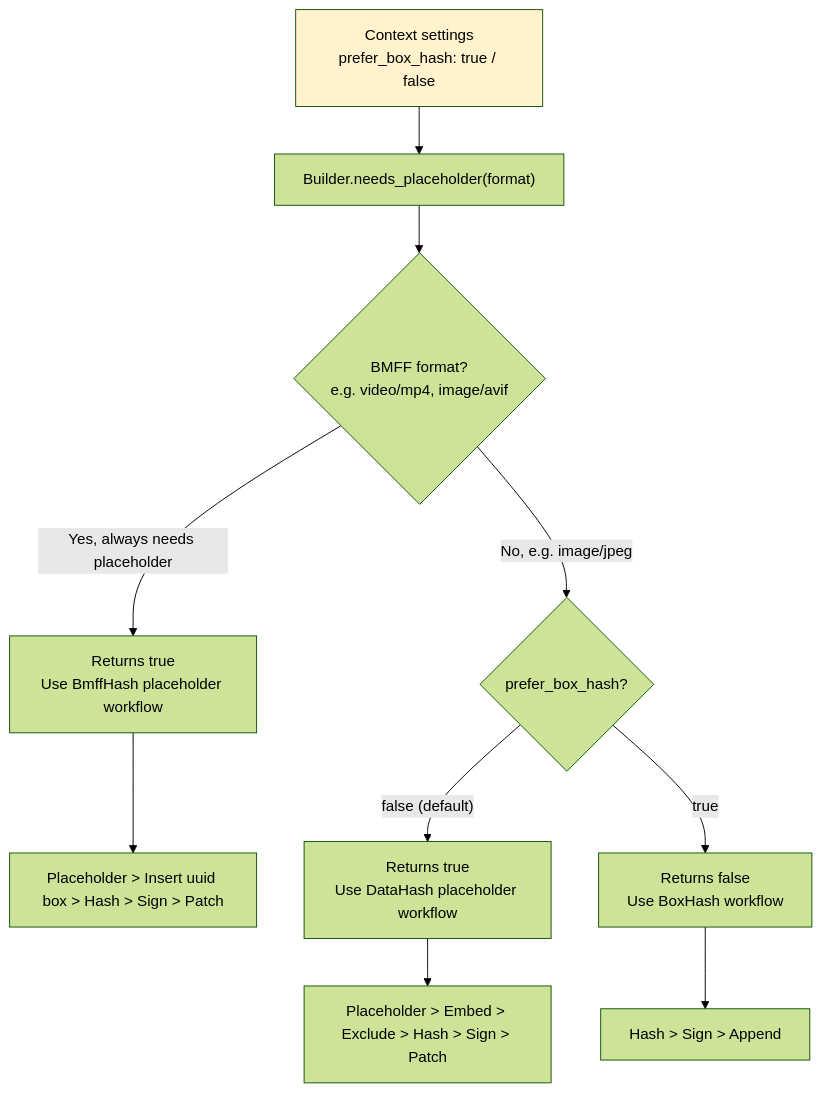
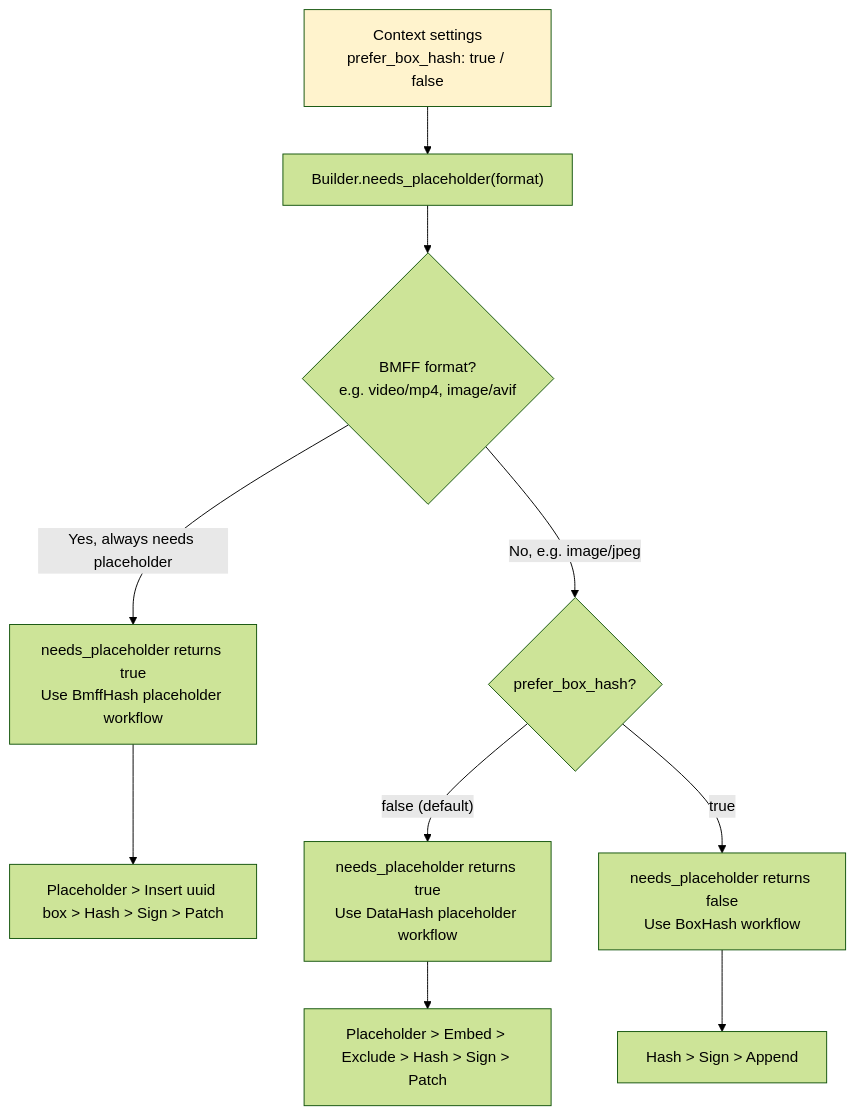
One commit to contentauth/c2pa-c changed the first of 8 diagrams in docs/embeddable-api.md. Above: the diagram before and after it, drawn with Mermaid (forest theme).

````diff
--- a/docs/embeddable-api.md
+++ b/docs/embeddable-api.md
@@ -51,17 +51,17 @@
 ```mermaid
 flowchart TD
     Settings["Context settings<br/>prefer_box_hash: true / false"]
     Start["Builder.needs_placeholder(format)"]
 
     Settings --> Start
     Start --> IsBmff{BMFF format?<br/>e.g. video/mp4, image/avif}
-    IsBmff -->|Yes, always needs placeholder| BmffWorkflow["Returns true<br/>Use BmffHash placeholder workflow"]
+    IsBmff -->|Yes, always needs placeholder| BmffWorkflow["needs_placeholder returns true<br/>Use BmffHash placeholder workflow"]
     BmffWorkflow --> BmffSteps["Placeholder > Insert uuid box > Hash > Sign > Patch"]
     IsBmff -->|No, e.g. image/jpeg| BoxCheck{"prefer_box_hash?"}
-    BoxCheck -->|"false (default)"| DataHashWorkflow["Returns true<br/>Use DataHash placeholder workflow"]
+    BoxCheck -->|"false (default)"| DataHashWorkflow["needs_placeholder returns true<br/>Use DataHash placeholder workflow"]
     DataHashWorkflow --> DHSteps["Placeholder > Embed > Exclude > Hash > Sign > Patch"]
-    BoxCheck -->|"true"| BoxHashWorkflow["Returns false<br/>Use BoxHash workflow"]
+    BoxCheck -->|"true"| BoxHashWorkflow["needs_placeholder returns false<br/>Use BoxHash workflow"]
     BoxHashWorkflow --> BHSteps["Hash > Sign > Append"]
 
     style Settings fill:#fff3cd
 ```
````
